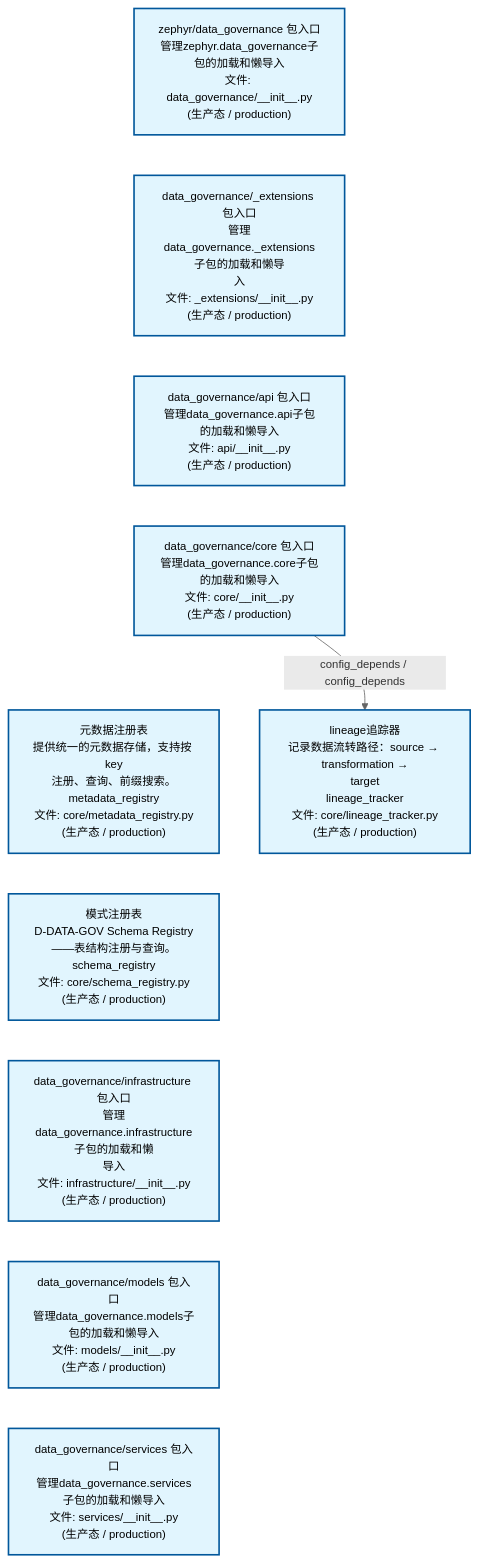
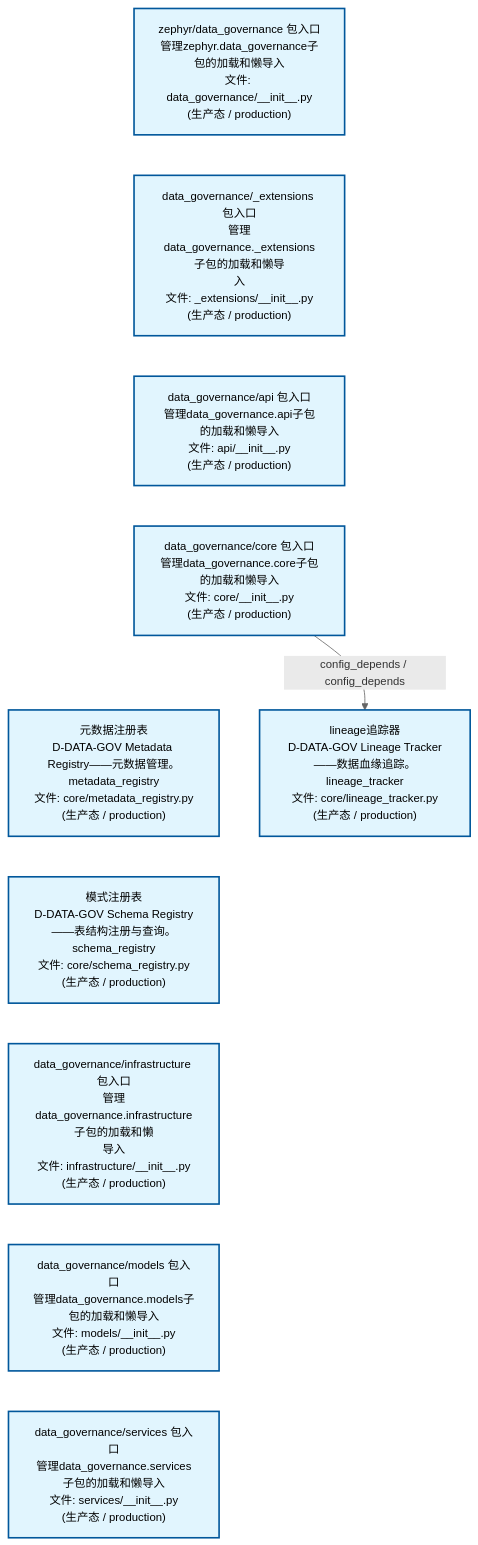
The first of 2 diagrams in docs/02_enterprise_architecture/02_domain_architecture_docs/13_d_data_gov.md (xuanFelixVan/ZephyrAlpha), drawn with Mermaid before and after one commit. The commit also changed other lines of this file and 45 other files, not shown here.

````diff
--- a/docs/02_enterprise_architecture/02_domain_architecture_docs/13_d_data_gov.md
+++ b/docs/02_enterprise_architecture/02_domain_architecture_docs/13_d_data_gov.md
@@ -53,28 +53,28 @@
 ```mermaid
 %%{init: {'theme': 'base', 'themeVariables': {'primaryColor': '#eaeaea', 'primaryTextColor': '#333333', 'primaryBorderColor': '#666666', 'lineColor': '#666666', 'secondaryColor': '#eaeaea', 'tertiaryColor': '#eaeaea', 'fontSize': '14px'}}}%%
 flowchart TD
     src_zephyr_data_governance_init_py["zephyr/data_governance 包入口<br/>管理zephyr.data_governance子包的加载和懒导入<br/>文件: data_governance/__init__.py<br/>(生产态 / production)"]
     src_zephyr_data_governance_extensions_init_py["data_governance/_extensions 包入口<br/>管理data_governance._extensions子包的加载和懒导<br/>入<br/>文件: _extensions/__init__.py<br/>(生产态 / production)"]
     src_zephyr_data_governance_api_init_py["data_governance/api 包入口<br/>管理data_governance.api子包的加载和懒导入<br/>文件: api/__init__.py<br/>(生产态 / production)"]
     src_zephyr_data_governance_core_init_py["data_governance/core 包入口<br/>管理data_governance.core子包的加载和懒导入<br/>文件: core/__init__.py<br/>(生产态 / production)"]
-    src_zephyr_data_governance_core_metadata_registry_py["元数据注册表<br/>提供统一的元数据存储，支持按 key<br/>注册、查询、前缀搜索。<br/>metadata_registry<br/>文件: core/metadata_registry.py<br/>(生产态 / production)"]
+    src_zephyr_data_governance_core_metadata_registry_py["元数据注册表<br/>D-DATA-GOV Metadata Registry——元数据管理。<br/>metadata_registry<br/>文件: core/metadata_registry.py<br/>(生产态 / production)"]
     src_zephyr_data_governance_core_schema_registry_py["模式注册表<br/>D-DATA-GOV Schema Registry——表结构注册与查询。<br/>schema_registry<br/>文件: core/schema_registry.py<br/>(生产态 / production)"]
     src_zephyr_data_governance_infrastructure_init_py["data_governance/infrastructure 包入口<br/>管理data_governance.infrastructure子包的加载和懒<br/>导入<br/>文件: infrastructure/__init__.py<br/>(生产态 / production)"]
     src_zephyr_data_governance_models_init_py["data_governance/models 包入口<br/>管理data_governance.models子包的加载和懒导入<br/>文件: models/__init__.py<br/>(生产态 / production)"]
     src_zephyr_data_governance_services_init_py["data_governance/services 包入口<br/>管理data_governance.services子包的加载和懒导入<br/>文件: services/__init__.py<br/>(生产态 / production)"]
     src_zephyr_data_governance_init_py ~~~ src_zephyr_data_governance_extensions_init_py
     src_zephyr_data_governance_extensions_init_py ~~~ src_zephyr_data_governance_api_init_py
     src_zephyr_data_governance_api_init_py ~~~ src_zephyr_data_governance_core_init_py
     src_zephyr_data_governance_core_init_py ~~~ src_zephyr_data_governance_core_metadata_registry_py
     src_zephyr_data_governance_core_metadata_registry_py ~~~ src_zephyr_data_governance_core_schema_registry_py
     src_zephyr_data_governance_core_schema_registry_py ~~~ src_zephyr_data_governance_infrastructure_init_py
     src_zephyr_data_governance_infrastructure_init_py ~~~ src_zephyr_data_governance_models_init_py
     src_zephyr_data_governance_models_init_py ~~~ src_zephyr_data_governance_services_init_py
-    src_zephyr_data_governance_core_lineage_tracker_py["lineage追踪器<br/>记录数据流转路径：source → transformation →<br/>target<br/>lineage_tracker<br/>文件: core/lineage_tracker.py<br/>(生产态 / production)"]
+    src_zephyr_data_governance_core_lineage_tracker_py["lineage追踪器<br/>D-DATA-GOV Lineage Tracker——数据血缘追踪。<br/>lineage_tracker<br/>文件: core/lineage_tracker.py<br/>(生产态 / production)"]
     src_zephyr_data_governance_core_init_py -->|config_depends / config_depends| src_zephyr_data_governance_core_lineage_tracker_py
     classDef production fill:#e1f5fe,stroke:#01579b,stroke-width:2px,color:#000
     classDef design fill:#fff3e0,stroke:#e65100,stroke-width:2px,color:#000,stroke-dasharray: 5 5
     classDef external_prod fill:#e8f4fd,stroke:#0277bd,stroke-width:1px,color:#000
     classDef external_design fill:#fff8e7,stroke:#ef6c00,stroke-width:1px,color:#000,stroke-dasharray: 5 5
     class src_zephyr_data_governance_init_py,src_zephyr_data_governance_extensions_init_py,src_zephyr_data_governance_api_init_py,src_zephyr_data_governance_core_init_py,src_zephyr_data_governance_core_lineage_tracker_py,src_zephyr_data_governance_core_metadata_registry_py,src_zephyr_data_governance_core_schema_registry_py,src_zephyr_data_governance_infrastructure_init_py,src_zephyr_data_governance_models_init_py,src_zephyr_data_governance_services_init_py production
 ```
````
